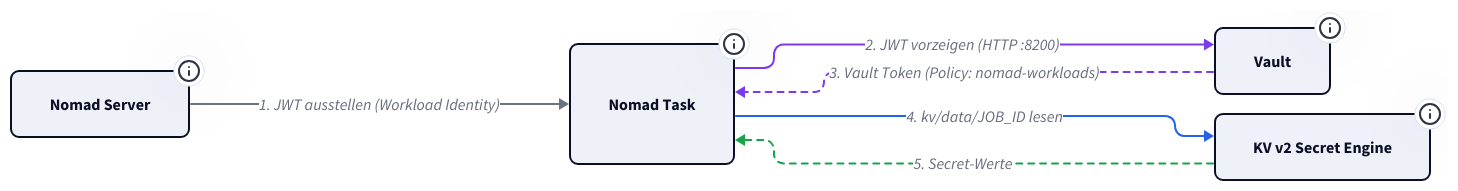
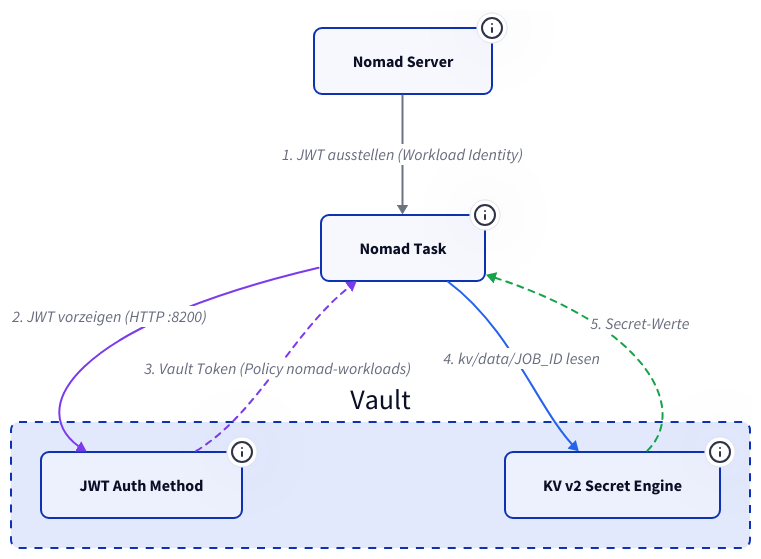
One commit to derever-labs/homelab-wiki changed the second of 2 diagrams in docs/vault/index.md. Above: the diagram before and after it, drawn with D2. The commit also changed other lines of this file and 9 other files, not shown here.

First line of the commit message:
docs(infrastruktur): Diagramme fuer TALA ueberarbeiten (Batch B2) (#100)

````diff
--- a/docs/vault/index.md
+++ b/docs/vault/index.md
@@ -132,64 +110,50 @@
 ```d2
-vars: {
-  d2-config: {
-    theme-id: 1
-    layout-engine: elk
-  }
-}
-
 classes: {
   node: { style: { border-radius: 8 } }
+  container: { style: { border-radius: 8; stroke-dash: 4 } }
 }
-
-direction: right
 
 Nomad: Nomad Server {
   class: node
   tooltip: "Stellt beim Task-Start automatisch ein signiertes JWT aus (Workload Identity)"
 }
 
 Task: Nomad Task {
   class: node
   tooltip: "Container mit vault-Stanza und identity-Block (env = true, file = true)"
 }
 
-Vault: Vault {
-  class: node
-  tooltip: "JWT Auth Method validiert die Signatur gegen Nomads JWKS-Endpoint"
+vault: Vault {
+  class: container
+
+  auth: JWT Auth Method {
+    class: node
+    tooltip: "Validiert die JWT-Signatur gegen Nomads JWKS-Endpoint"
+  }
+  kv: KV v2 Secret Engine {
+    class: node
+    tooltip: "Pfad-Konvention: kv/data/JOB_ID -- Policy nomad-workloads beschränkt Zugriff auf eigenen Pfad"
+  }
 }
 
-KV: KV v2 Secret Engine {
-  class: node
-  tooltip: "Pfad-Konvention: kv/data/JOB_ID -- Policy nomad-workloads beschränkt Zugriff auf eigenen Pfad"
-}
-
-# 1. JWT ausstellen
 Nomad -> Task: 1. JWT ausstellen (Workload Identity) {
   style.stroke: "#6b7280"
 }
-
-# 2. JWT an Vault vorzeigen
-Task -> Vault: 2. JWT vorzeigen (HTTP :8200) {
+Task -> vault.auth: 2. JWT vorzeigen (HTTP :8200) {
   style.stroke: "#7c3aed"
   tooltip: "Task authentifiziert sich mit dem JWT -- kein statischer Token nötig"
 }
-
-# 3. Vault validiert und gibt Token
-Vault -> Task: 3. Vault Token (Policy: nomad-workloads) {
+vault.auth -> Task: 3. Vault Token (Policy nomad-workloads) {
+  style.stroke: "#7c3aed"
   style.stroke-dash: 3
-  style.stroke: "#7c3aed"
   tooltip: "Vault prüft JWT-Signatur via Nomad JWKS, dann Token mit eingeschränkter Policy"
 }
-
-# 4. Secrets lesen
-Task -> KV: 4. kv/data/JOB_ID lesen {
+Task -> vault.kv: 4. kv/data/JOB_ID lesen {
   style.stroke: "#2563eb"
   tooltip: "Task liest nur Secrets unter seinem eigenen Job-Pfad"
 }
-
-# 5. Secret-Werte zurück
-KV -> Task: 5. Secret-Werte {
+vault.kv -> Task: 5. Secret-Werte {
+  style.stroke: "#16a34a"
   style.stroke-dash: 3
-  style.stroke: "#16a34a"
 }
 ```
````
